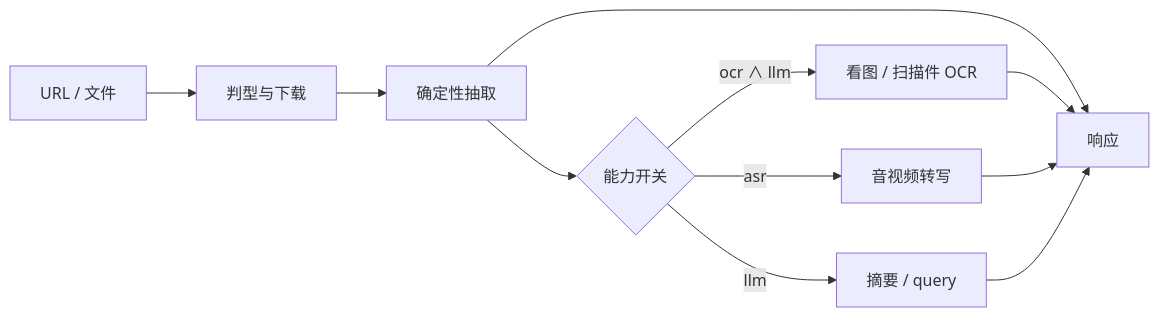
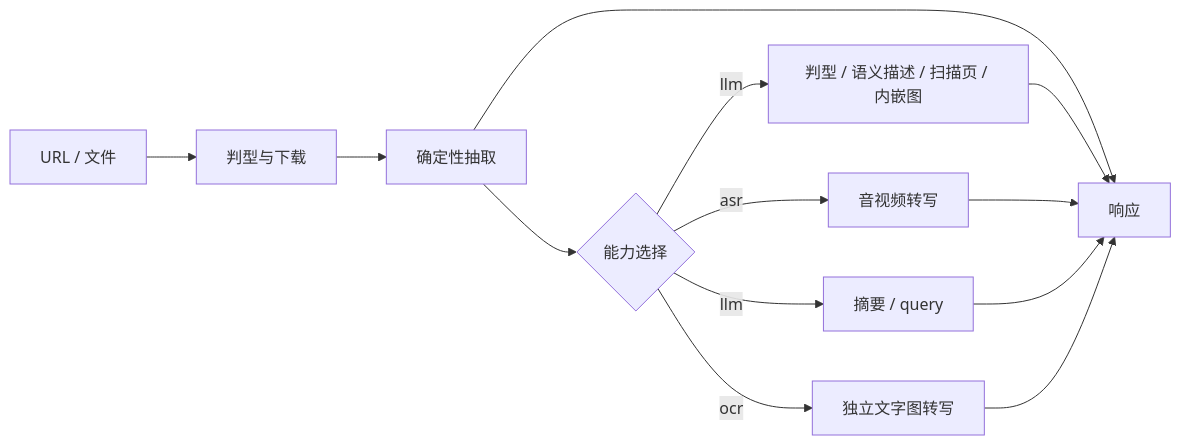
Before and after one commit to moye233057/anyurl2text: the diagram in README.md, drawn with Mermaid. The commit also changed other lines of this file and 16 other files, not shown here.

````diff
--- a/README.md
+++ b/README.md
@@ -143,13 +143,15 @@
 ```mermaid
 flowchart LR
     A["URL / 文件"] --> B["判型与下载"]
     B --> C["确定性抽取"]
-    C --> D{"能力开关"}
-    D -->|ocr ∧ llm| E["看图 / 扫描件 OCR"]
+    C --> D{"能力选择"}
+    D -->|llm| E["判型 / 语义描述 / 扫描页 / 内嵌图"]
+    D -->|ocr| I["独立文字图转写"]
     D -->|asr| F["音视频转写"]
     D -->|llm| G["摘要 / query"]
     C --> H["响应"]
     E --> H
     F --> H
     G --> H
+    I --> H
 ```
````
